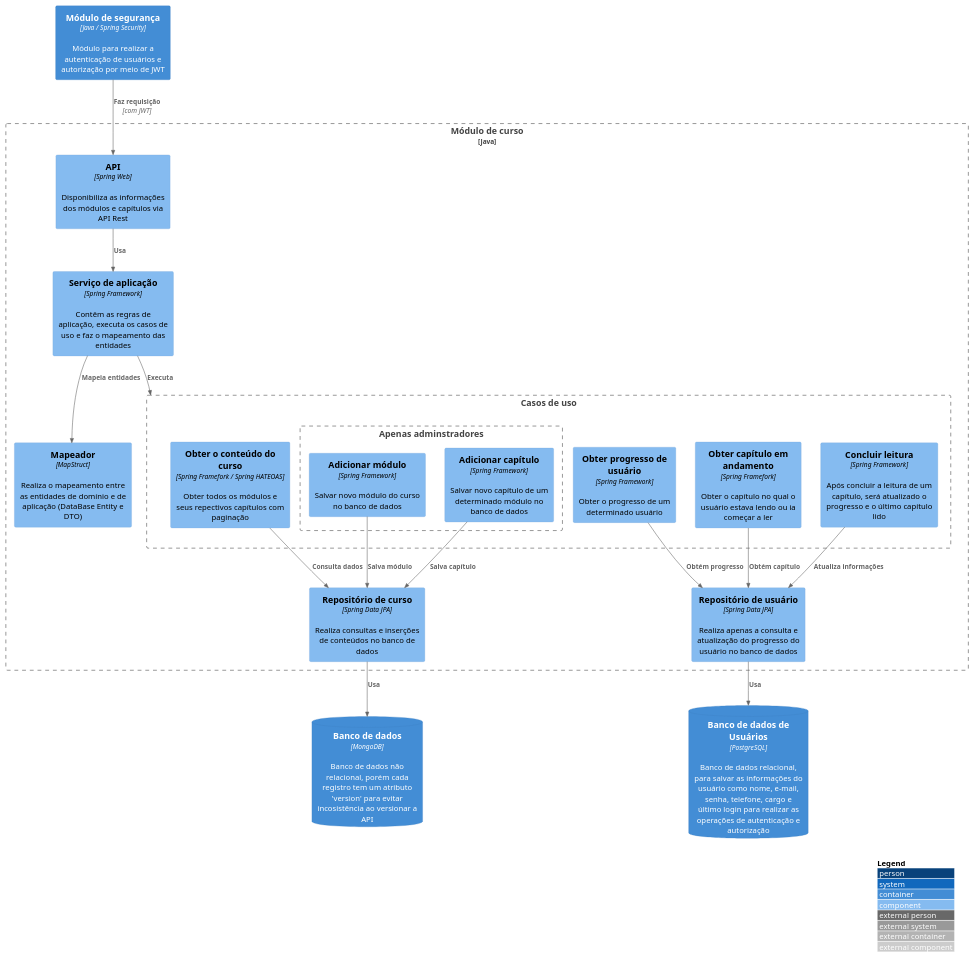
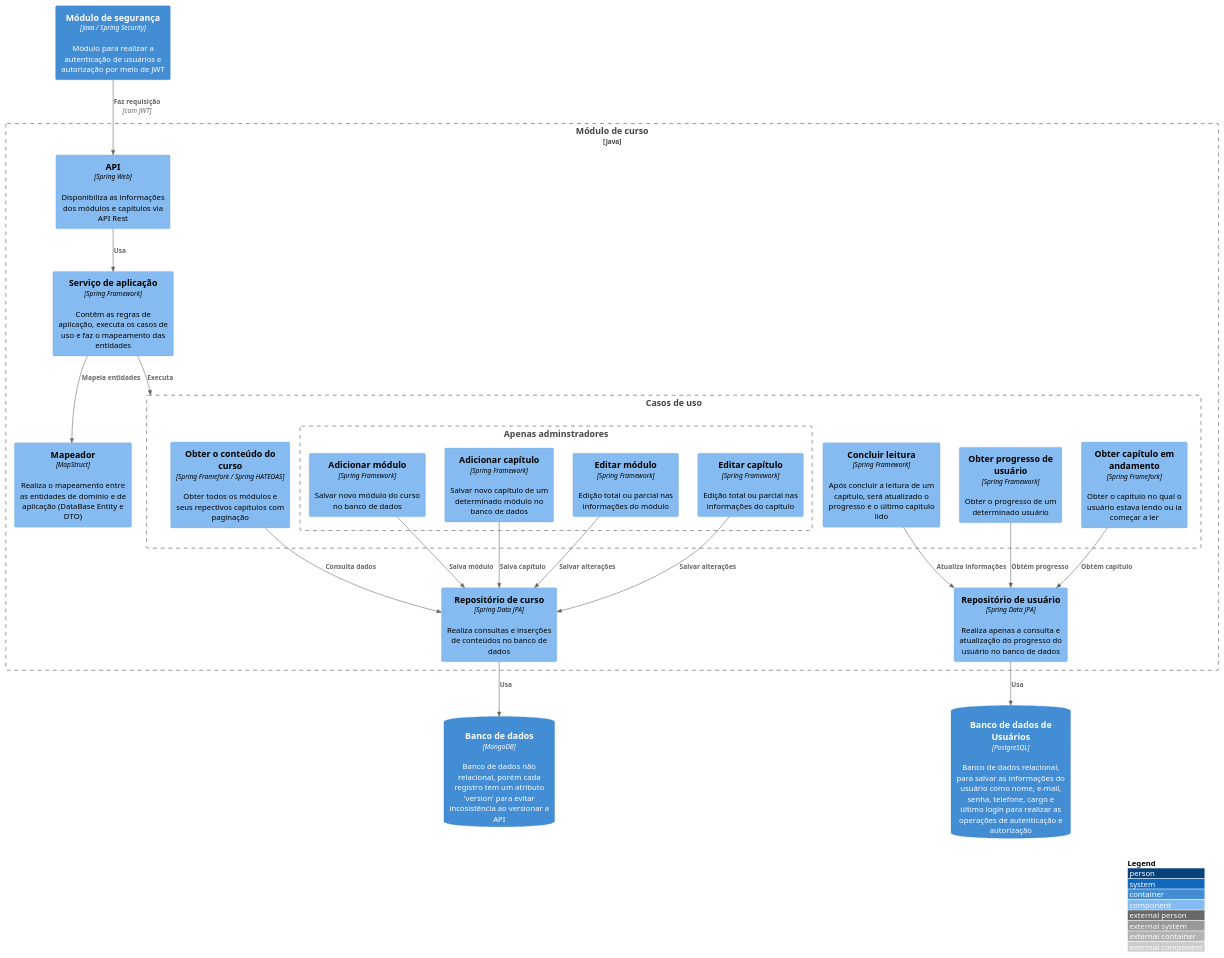
One commit to Open-3A/3A-c4-model changed the diagram in C3 Components/Back-end/Módulo de curso/course_module.puml. Above: the diagram before and after it, drawn with PlantUML. The commit also changed 8 other files, not shown here.

Commit message:
refactor: grammar correction and diagrams hot fix

```diff
--- a/C3 Components/Back-end/Módulo de curso/course_module.puml
+++ b/C3 Components/Back-end/Módulo de curso/course_module.puml
@@ -1,46 +1,50 @@
 @startuml Course Module
 
 !include https://raw.githubusercontent.com/adrianvlupu/C4-PlantUML/latest/C4_Component.puml
 
 LAYOUT_WITH_LEGEND()
 
 Container(security_module, "Módulo de segurança", "Java / Spring Security", "Módulo para realizar a autenticação de usuários e autorização por meio de JWT")
 
 Boundary(course_module, "Módulo de curso", "Java"){
   Component(course_api, "API", "Spring Web", "Disponibiliza as informações dos módulos e capítulos via API Rest")
   Component(course_service, "Serviço de aplicação", "Spring Framework", "Contêm as regras de aplicação, executa os casos de uso e faz o mapeamento das entidades")
   Component(course_mapper, "Mapeador", "MapStruct", "Realiza o mapeamento entre as entidades de domínio e de aplicação (DataBase Entity e DTO)")
 
   Boundary(course_uses_cases, "Casos de uso"){
     Component(get_user_progress_use_case, "Obter progresso de usuário", "Spring Framework", "Obter o progresso de um determinado usuário")
     Component(get_course_content_use_case, "Obter o conteúdo do curso", "Spring Framefork / Spring HATEOAS", "Obter todos os módulos e seus repectivos capítulos com paginação")
     Component(get_chapter_to_continue_use_case, "Obter capítulo em andamento", "Spring Framefork", "Obter o capítulo no qual o usuário estava lendo ou ia começar a ler")
     Component(finish_reading_use_case, "Concluir leitura", "Spring Framework", "Após concluir a leitura de um capítulo, será atualizado o progresso e o último capítulo lido")
 
     Boundary(only_admins, "Apenas adminstradores"){
       Component(add_course_module_use_case, "Adicionar módulo", "Spring Framework", "Salvar novo módulo do curso no banco de dados")
       Component(add_chapter_use_case, "Adicionar capítulo", "Spring Framework", "Salvar novo capítulo de um determinado módulo no banco de dados")
+      Component(edit_module_use_case, "Editar módulo", "Spring Framework", "Edição total ou parcial nas informações do módulo")
+      Component(edit_chapter_use_case, "Editar capítulo", "Spring Framework", "Edição total ou parcial nas informações do capítulo")
     }
   }
 
   Component(course_repository, "Repositório de curso", "Spring Data JPA", "Realiza consultas e inserções de conteúdos no banco de dados")
   Component(user_repository, "Repositório de usuário", "Spring Data JPA", "Realiza apenas a consulta e atualização do progresso do usuário no banco de dados")
 }
 
 ContainerDb(db, "Banco de dados", "MongoDB", "Banco de dados não relacional, porém cada registro tem um atributo 'version' para evitar incosistência ao versionar a API")
 ContainerDb(user_db, "Banco de dados de Usuários", "PostgreSQL", "Banco de dados relacional, para salvar as informações do usuário como nome, e-mail, senha, telefone, cargo e último login para realizar as operações de autenticação e autorização")
 
 Rel(security_module, course_api, "Faz requisição", "com JWT")
 Rel(course_api, course_service, "Usa")
 Rel(course_service, course_uses_cases, "Executa")
 Rel(course_service, course_mapper, "Mapeia entidades")
 Rel(get_course_content_use_case, course_repository, "Consulta dados")
 Rel(course_repository, db, "Usa")
 Rel(get_user_progress_use_case, user_repository, "Obtém progresso")
 Rel(get_chapter_to_continue_use_case, user_repository, "Obtém capítulo")
 Rel(add_course_module_use_case, course_repository, "Salva módulo")
 Rel(add_chapter_use_case, course_repository, "Salva capítulo")
+Rel(edit_module_use_case, course_repository, "Salvar alterações")
+Rel(edit_chapter_use_case, course_repository, "Salvar alterações")
 Rel(finish_reading_use_case, user_repository, "Atualiza informações")
 Rel(user_repository, user_db, "Usa")
 
 @enduml
```
